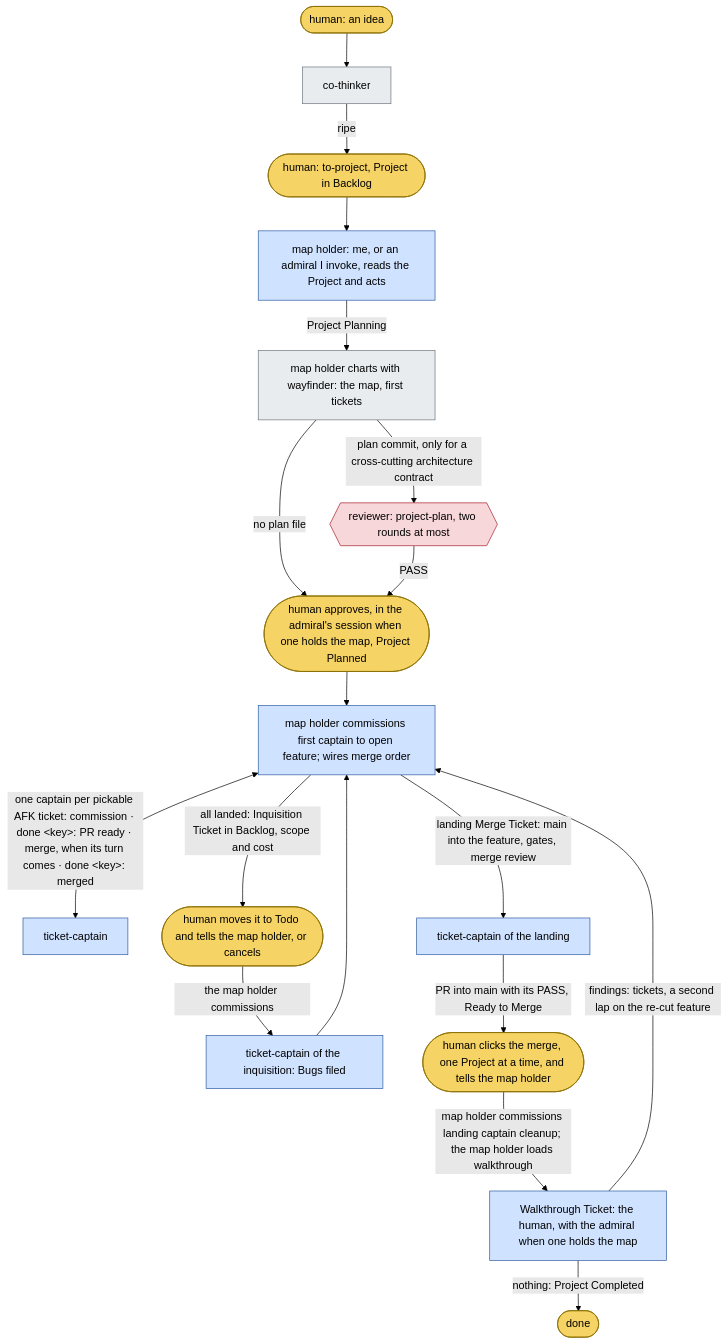
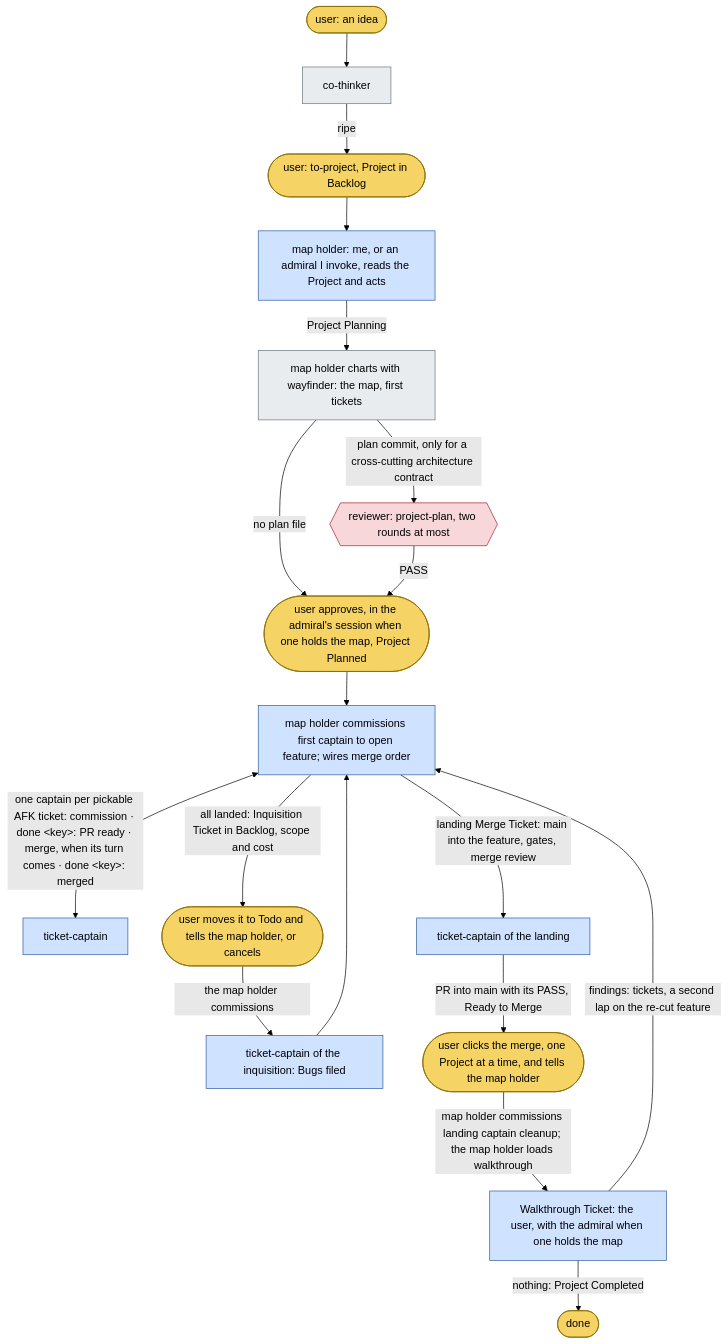
Before and after one commit to bodnarbalazs/dydo: the first of 2 diagrams in README.md, drawn with Mermaid (forest theme). The commit also changed other lines of this file and 27 other files, not shown here.

Commit message:
DYD-367 implement: the user in entry points, READMEs, guides, project hubs

````diff
--- a/README.md
+++ b/README.md
@@ -81,26 +81,26 @@
 ```mermaid
 flowchart TD
   classDef human fill:#f6d365,stroke:#8a6d00,color:#000
   classDef session fill:#e9ecef,stroke:#6c757d,color:#000
   classDef officer fill:#cfe2ff,stroke:#2c5aa0,color:#000
   classDef crew fill:#d4edda,stroke:#2e7d32,color:#000
   classDef reviewer fill:#f8d7da,stroke:#a71d2a,color:#000
 
-  H0([human: an idea]):::human --> CT[co-thinker]:::session
-  CT -->|ripe| TP([human: to-project, Project in Backlog]):::human
+  H0([user: an idea]):::human --> CT[co-thinker]:::session
+  CT -->|ripe| TP([user: to-project, Project in Backlog]):::human
   TP --> AD[map holder: me, or an admiral I invoke, reads the Project and acts]:::officer
   AD -->|Project Planning| PP[map holder charts with wayfinder: the map, first tickets]:::session
   PP -->|plan commit, only for a cross-cutting architecture contract| RP{{reviewer: project-plan, two rounds at most}}:::reviewer
   PP -->|no plan file| H1
-  RP -->|PASS| H1([human approves, in the admiral's session when one holds the map, Project Planned]):::human
+  RP -->|PASS| H1([user approves, in the admiral's session when one holds the map, Project Planned]):::human
   H1 --> OP[map holder commissions first captain to open feature; wires merge order]:::officer
   OP <-->|"one captain per pickable AFK ticket: commission · done &lt;key&gt;: PR ready · merge, when its turn comes · done &lt;key&gt;: merged"| IC[ticket-captain]:::officer
-  OP -->|all landed: Inquisition Ticket in Backlog, scope and cost| H2([human moves it to Todo and tells the map holder, or cancels]):::human
+  OP -->|all landed: Inquisition Ticket in Backlog, scope and cost| H2([user moves it to Todo and tells the map holder, or cancels]):::human
   H2 -->|the map holder commissions| IQ[ticket-captain of the inquisition: Bugs filed]:::officer
   IQ --> OP
   OP -->|landing Merge Ticket: main into the feature, gates, merge review| LM[ticket-captain of the landing]:::officer
-  LM -->|PR into main with its PASS, Ready to Merge| H3([human clicks the merge, one Project at a time, and tells the map holder]):::human
-  H3 -->|map holder commissions landing captain cleanup; the map holder loads walkthrough| WT[Walkthrough Ticket: the human, with the admiral when one holds the map]:::officer
+  LM -->|PR into main with its PASS, Ready to Merge| H3([user clicks the merge, one Project at a time, and tells the map holder]):::human
+  H3 -->|map holder commissions landing captain cleanup; the map holder loads walkthrough| WT[Walkthrough Ticket: the user, with the admiral when one holds the map]:::officer
   WT -->|findings: tickets, a second lap on the re-cut feature| OP
   WT -->|nothing: Project Completed| END([done]):::human
 ```
````
